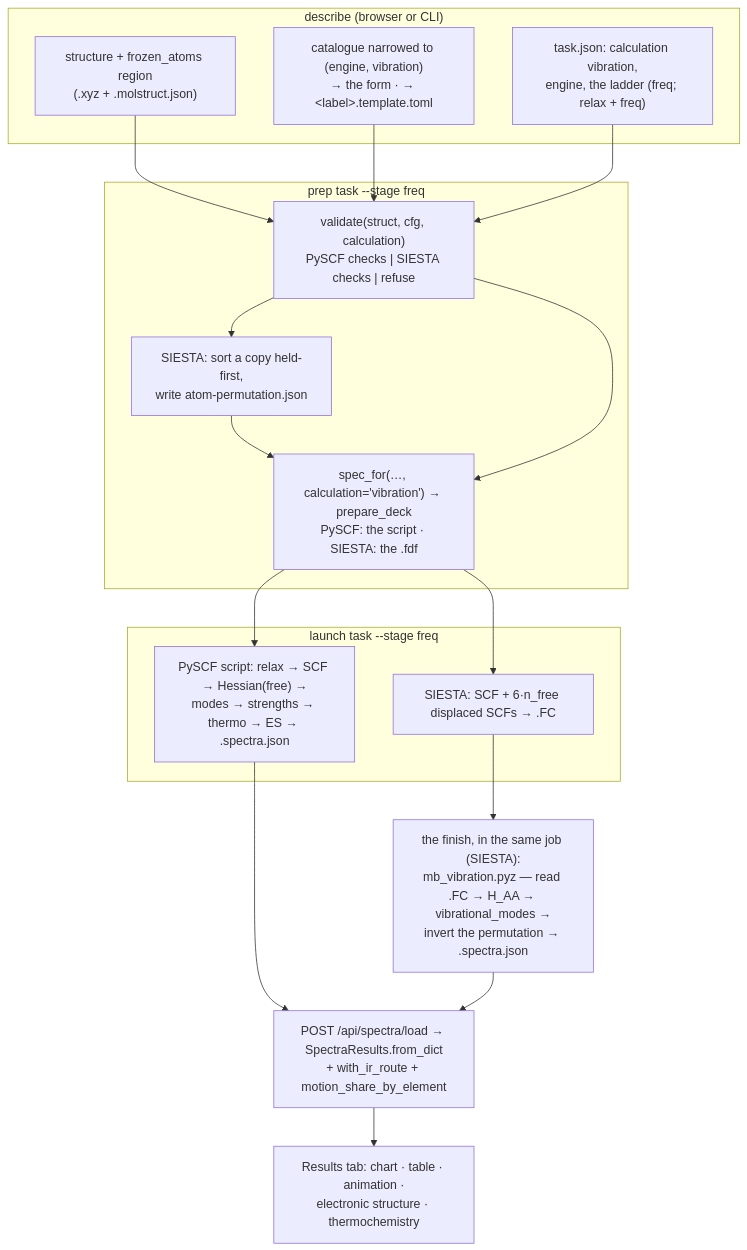
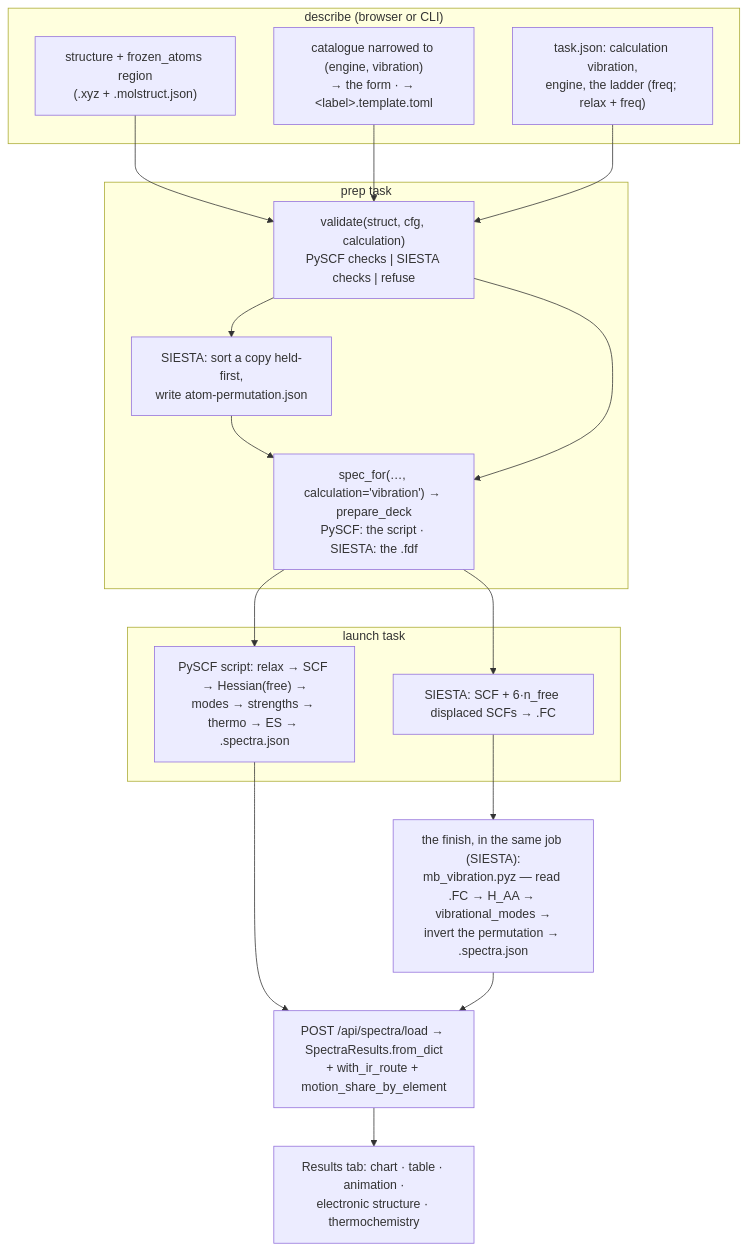
One commit to Qing-LAB/molbuilder changed the second of 2 diagrams in docs/engines/vibration.md. Above: the diagram before and after it, drawn with Mermaid. The commit also changed other lines of this file and 282 other files, not shown here.

````diff
--- a/docs/engines/vibration.md
+++ b/docs/engines/vibration.md
@@ -2229,22 +2241,22 @@
 ```mermaid
 flowchart TB
   subgraph describe["describe (browser or CLI)"]
     ST["structure + frozen_atoms region<br/>(.xyz + .molstruct.json)"]
     CAT["catalogue narrowed to (engine, vibration)<br/>→ the form · → &lt;label&gt;.template.toml"]
     TJ["task.json: calculation vibration,<br/>engine, the ladder (freq; relax + freq)"]
   end
-  subgraph prep["prep task --stage freq"]
+  subgraph prep["prep task"]
     G["validate(struct, cfg, calculation)<br/>PySCF checks #124; SIESTA checks #124; refuse"]
     SORT["SIESTA: sort a copy held-first,<br/>write atom-permutation.json"]
     D["spec_for(…, calculation='vibration') → prepare_deck<br/>PySCF: the script · SIESTA: the .fdf"]
   end
-  subgraph run["launch task --stage freq"]
+  subgraph run["launch task"]
     PY["PySCF script: relax → SCF → Hessian(free) →<br/>modes → strengths → thermo → ES → .spectra.json"]
     SI["SIESTA: SCF + 6·n_free displaced SCFs → .FC"]
   end
   SUM["the finish, in the same job (SIESTA):<br/>mb_vibration.pyz — read .FC → H_AA → vibrational_modes →<br/>invert the permutation → .spectra.json"]
   LOAD["POST /api/spectra/load → SpectraResults.from_dict<br/>+ with_ir_route + motion_share_by_element"]
   VIEW["Results tab: chart · table · animation ·<br/>electronic structure · thermochemistry"]
   ST --> G; CAT --> G; TJ --> G; G --> SORT --> D; G --> D
   D --> PY; D --> SI; SI --> SUM; PY --> LOAD; SUM --> LOAD; LOAD --> VIEW
 ```
````
